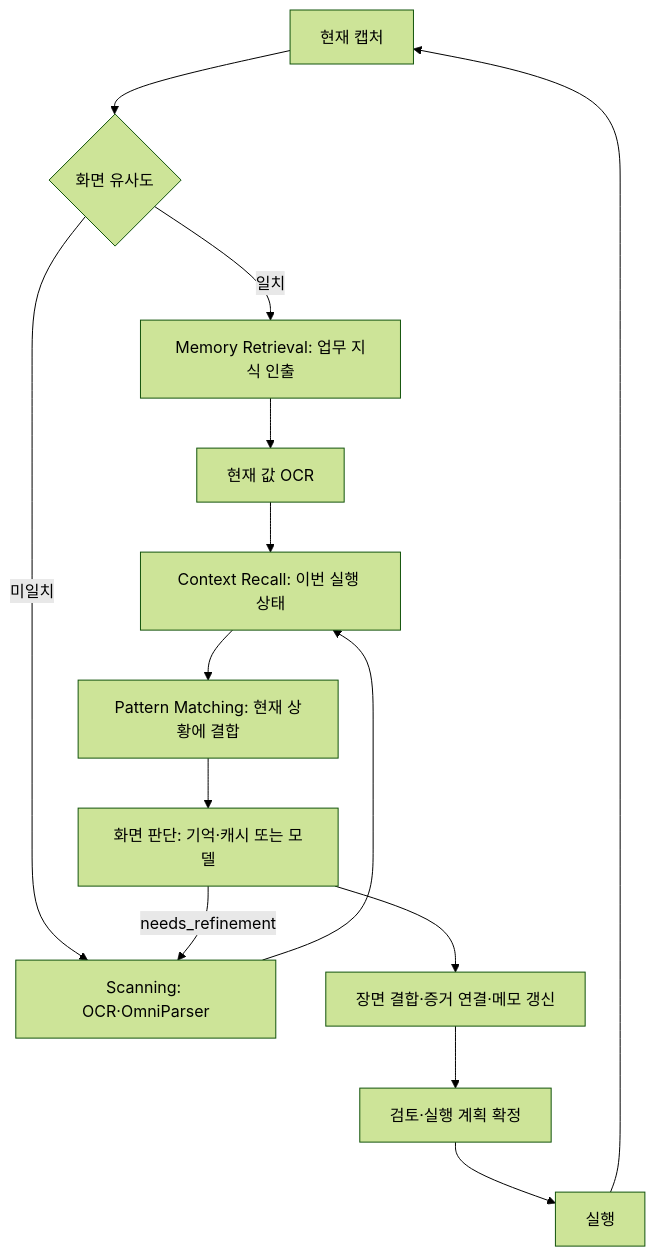
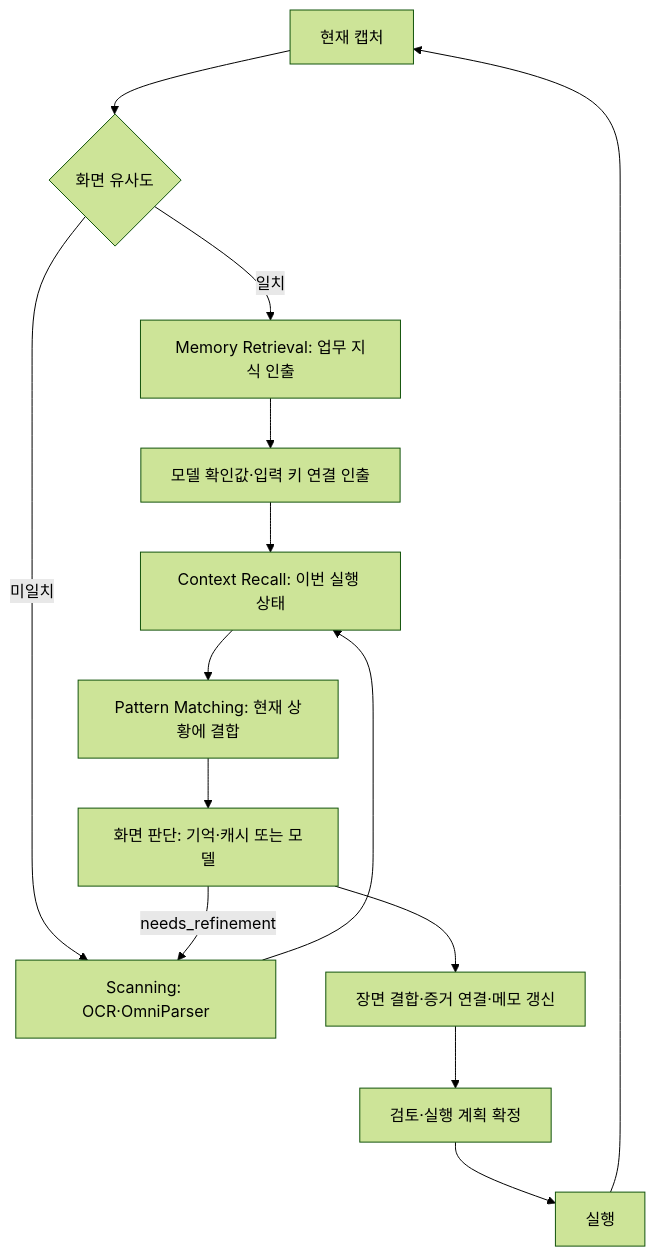
Before and after one commit to Dreamtreeme/agent-sawon: the diagram in docs/runtime-terminology.md, drawn with Mermaid (forest theme). The commit also changed other lines of this file and 13 other files, not shown here.

````diff
--- a/docs/runtime-terminology.md
+++ b/docs/runtime-terminology.md
@@ -26,16 +27,16 @@
 ```mermaid
 flowchart TD
     CAP[현재 캡처] --> SIM{화면 유사도}
     SIM -->|일치| MEM[Memory Retrieval: 업무 지식 인출]
     SIM -->|미일치| SCAN[Scanning: OCR·OmniParser]
-    MEM --> OCR[현재 값 OCR]
-    OCR --> CTX[Context Recall: 이번 실행 상태]
+    MEM --> READINGS[모델 확인값·입력 키 연결 인출]
+    READINGS --> CTX[Context Recall: 이번 실행 상태]
     SCAN --> CTX
     CTX --> PAT[Pattern Matching: 현재 상황에 결합]
     PAT --> DEC[화면 판단: 기억·캐시 또는 모델]
     DEC -->|needs_refinement| SCAN
     DEC --> BIND[장면 결합·증거 연결·메모 갱신]
     BIND --> REVIEW[검토·실행 계획 확정]
     REVIEW --> ACT[실행]
     ACT --> CAP
 ```
````
